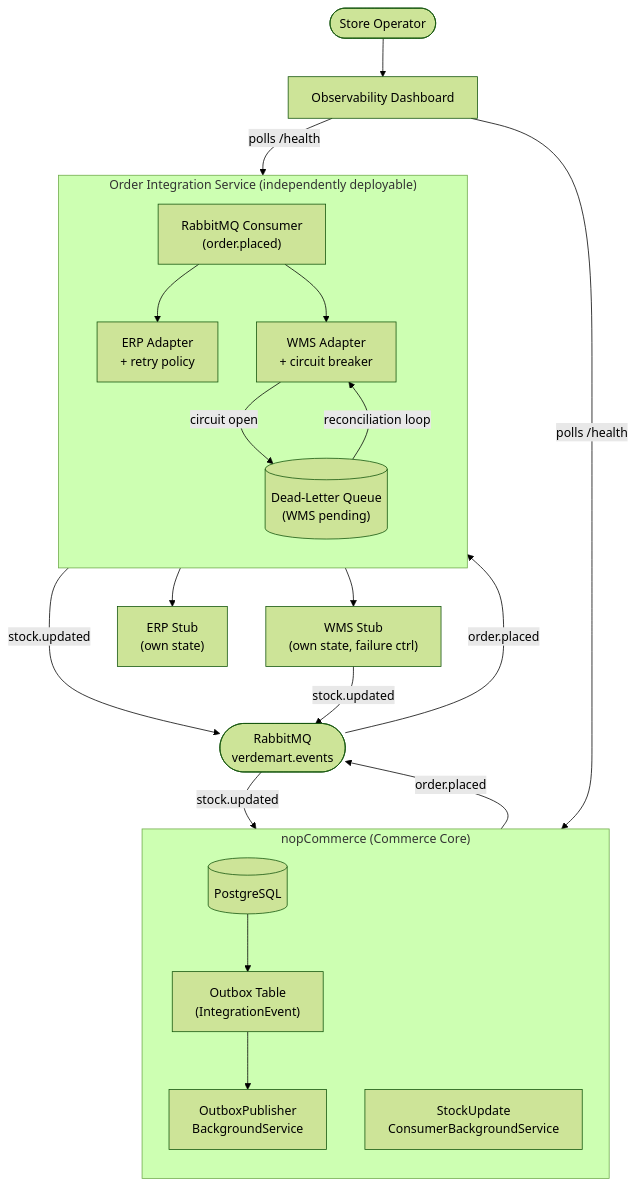
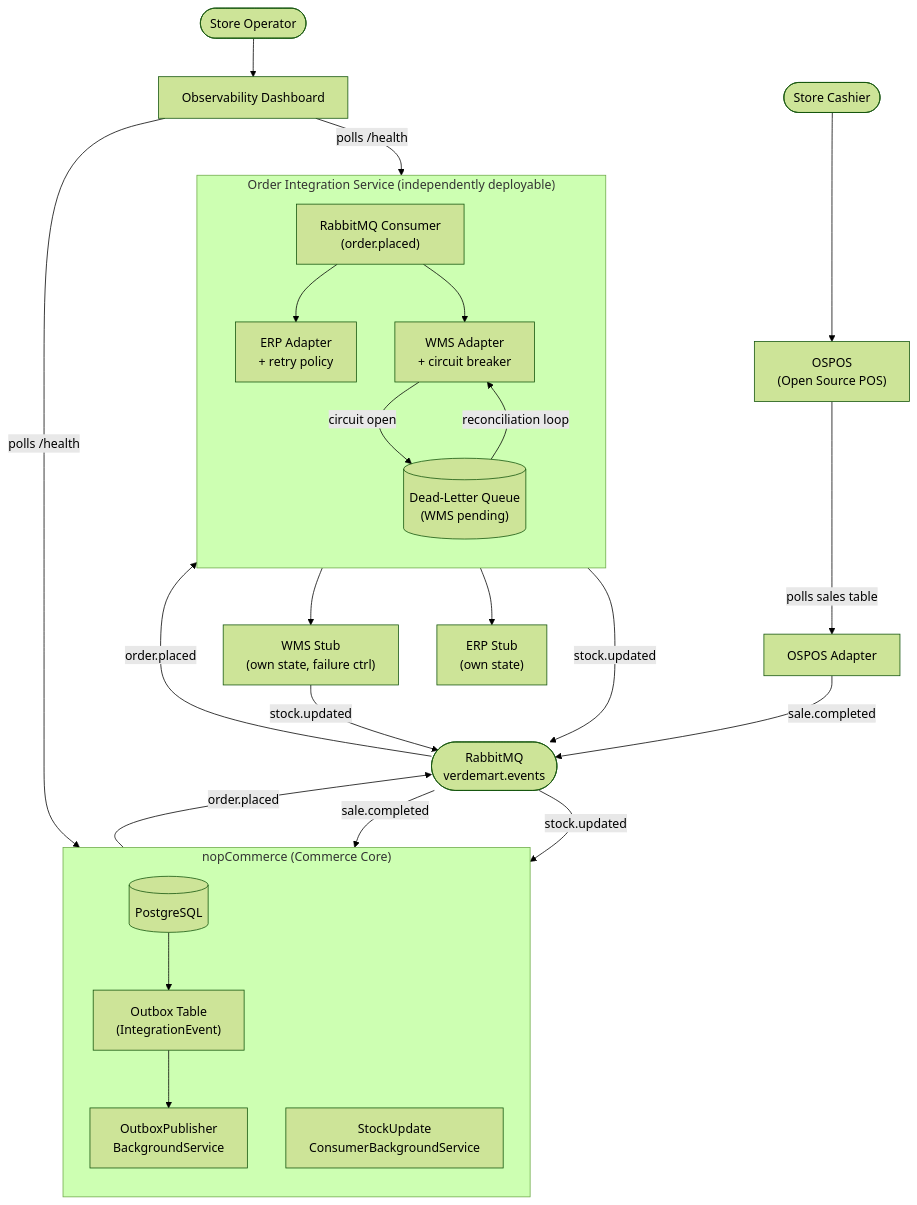
The first of 4 diagrams in docs/architecture/target-architecture.md (nopSolutions/nopCommerce), drawn with Mermaid (forest theme) before and after one commit. The commit also changed other lines of this file and 2 other files, not shown here.

First line of the commit message:
docs: Update Part 1 architecture documentation

````diff
--- a/docs/architecture/target-architecture.md
+++ b/docs/architecture/target-architecture.md
@@ -9,39 +9,44 @@
 ```mermaid
 graph TB
     subgraph NOP["nopCommerce (Commerce Core)"]
         direction TB
         NopDB[("PostgreSQL")]
         Outbox["Outbox Table\n(IntegrationEvent)"]
         Publisher["OutboxPublisher\nBackgroundService"]
         StockConsumer["StockUpdate\nConsumerBackgroundService"]
         NopDB --> Outbox
         Outbox --> Publisher
     end
 
     subgraph IntSvc["Order Integration Service (independently deployable)"]
         direction TB
         RMQConsumer["RabbitMQ Consumer\n(order.placed)"]
         ErpAdapter["ERP Adapter\n+ retry policy"]
         WmsAdapter["WMS Adapter\n+ circuit breaker"]
         DLQ[("Dead-Letter Queue\n(WMS pending)")]
         RMQConsumer --> ErpAdapter
         RMQConsumer --> WmsAdapter
         WmsAdapter -->|"circuit open"| DLQ
         DLQ -->|"reconciliation loop"| WmsAdapter
     end
 
     RMQ(["RabbitMQ\nverdemart.events"])
 
     Publisher -->|"order.placed"| RMQ
     RMQ -->|"order.placed"| RMQConsumer
     WmsAdapter -->|"stock.updated"| RMQ
     RMQ -->|"stock.updated"| StockConsumer
 
     ErpAdapter --> ERP["ERP Stub\n(own state)"]
     WmsAdapter --> WMS["WMS Stub\n(own state, failure ctrl)"]
     WMS -->|"stock.updated"| RMQ
 
+    OSPOS["OSPOS\n(Open Source POS)"] -->|"polls sales table"| OSPOSAdapter["OSPOS Adapter"]
+    OSPOSAdapter -->|"sale.completed"| RMQ
+    RMQ -->|"sale.completed"| StockConsumer
+
     Dashboard["Observability Dashboard"] -->|"polls /health"| IntSvc
     Dashboard -->|"polls /health"| NOP
     Operator(["Store Operator"]) --> Dashboard
+    Cashier(["Store Cashier"]) --> OSPOS
 ```
````
